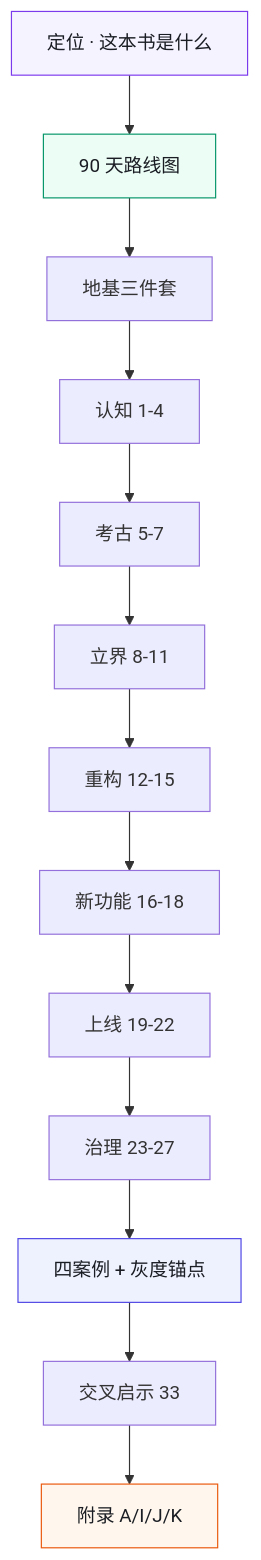
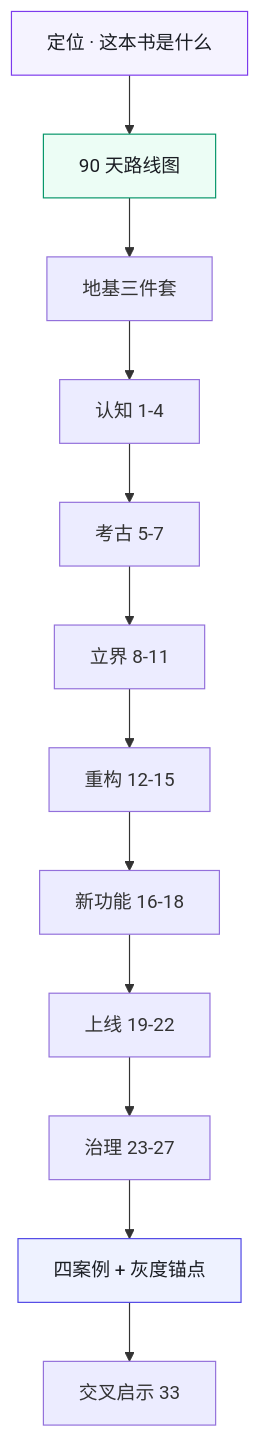
Before and after one commit to funny8kids/AI_Native_Software_Engineering: the diagram in docs/manuscript/README.md, drawn with Mermaid. The commit also changed other lines of this file and 74 other files, not shown here.

First line of the commit message:
feat(docs): 终审定稿——结构债清偿、配图欠账收口、排版缺陷修复与三条守卫

````diff
--- a/docs/manuscript/README.md
+++ b/docs/manuscript/README.md
@@ -16,19 +16,17 @@
 ```mermaid
 flowchart TB
   POS[定位 · 这本书是什么] --> ROAD[90 天路线图]
   ROAD --> F[地基三件套]
   F --> P1[认知 1-4]
   P1 --> P2[考古 5-7]
   P2 --> P3[立界 8-11]
   P3 --> P4[重构 12-15]
   P4 --> P5[新功能 16-18]
   P5 --> P6[上线 19-22]
   P6 --> P7[治理 23-27]
   P7 --> CASES[四案例 + 灰度锚点]
   CASES --> P9[交叉启示 33]
-  P9 --> APP[附录 A/I/J/K]
   style POS fill:#f5f3ff,stroke:#7c3aed,color:#1a1d23
   style ROAD fill:#ecfdf5,stroke:#059669,color:#1a1d23
   style CASES fill:#eef2ff,stroke:#4f46e5,color:#1a1d23
-  style APP fill:#fff7ed,stroke:#ea580c,color:#1a1d23
 ```
````
